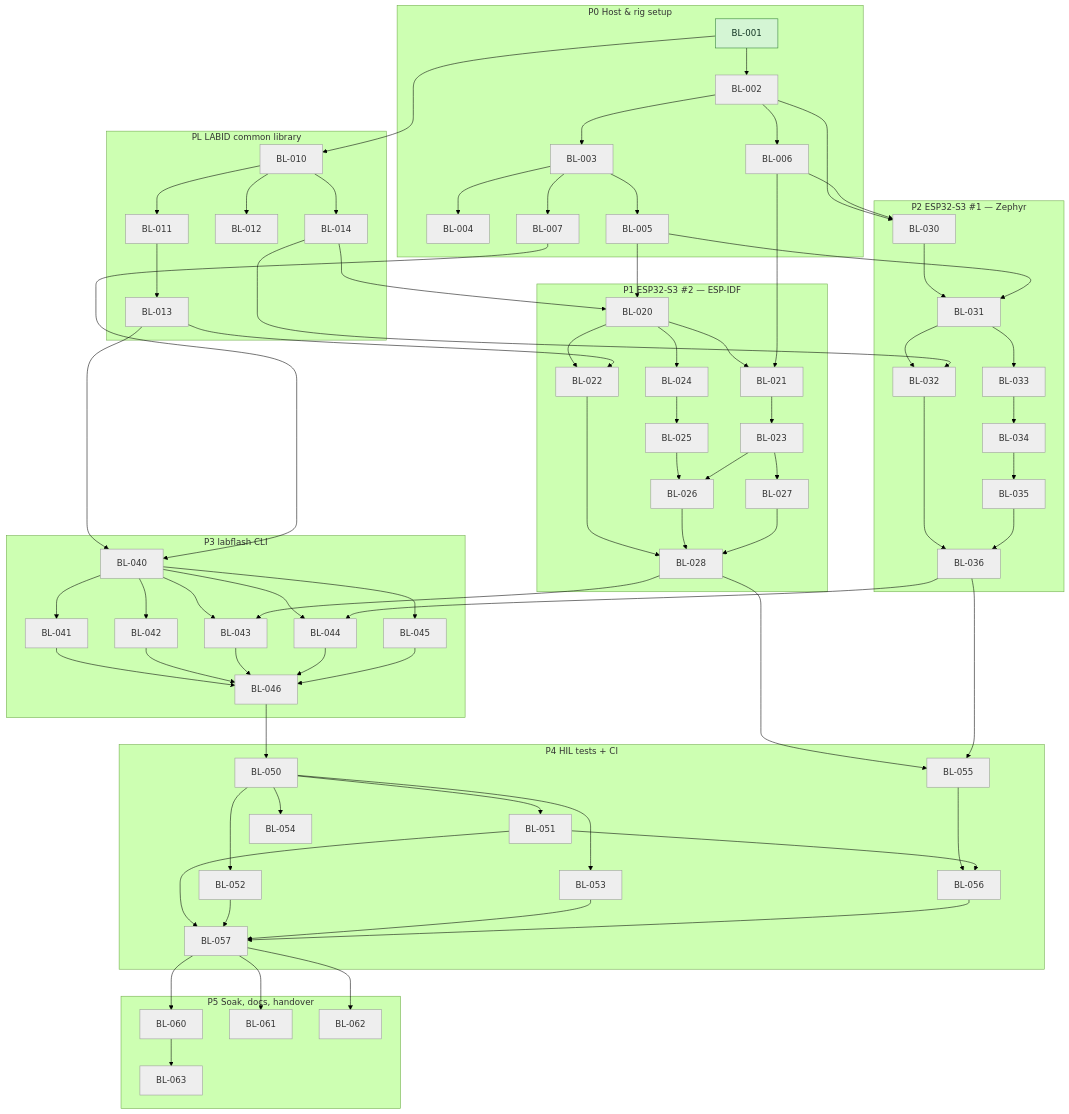
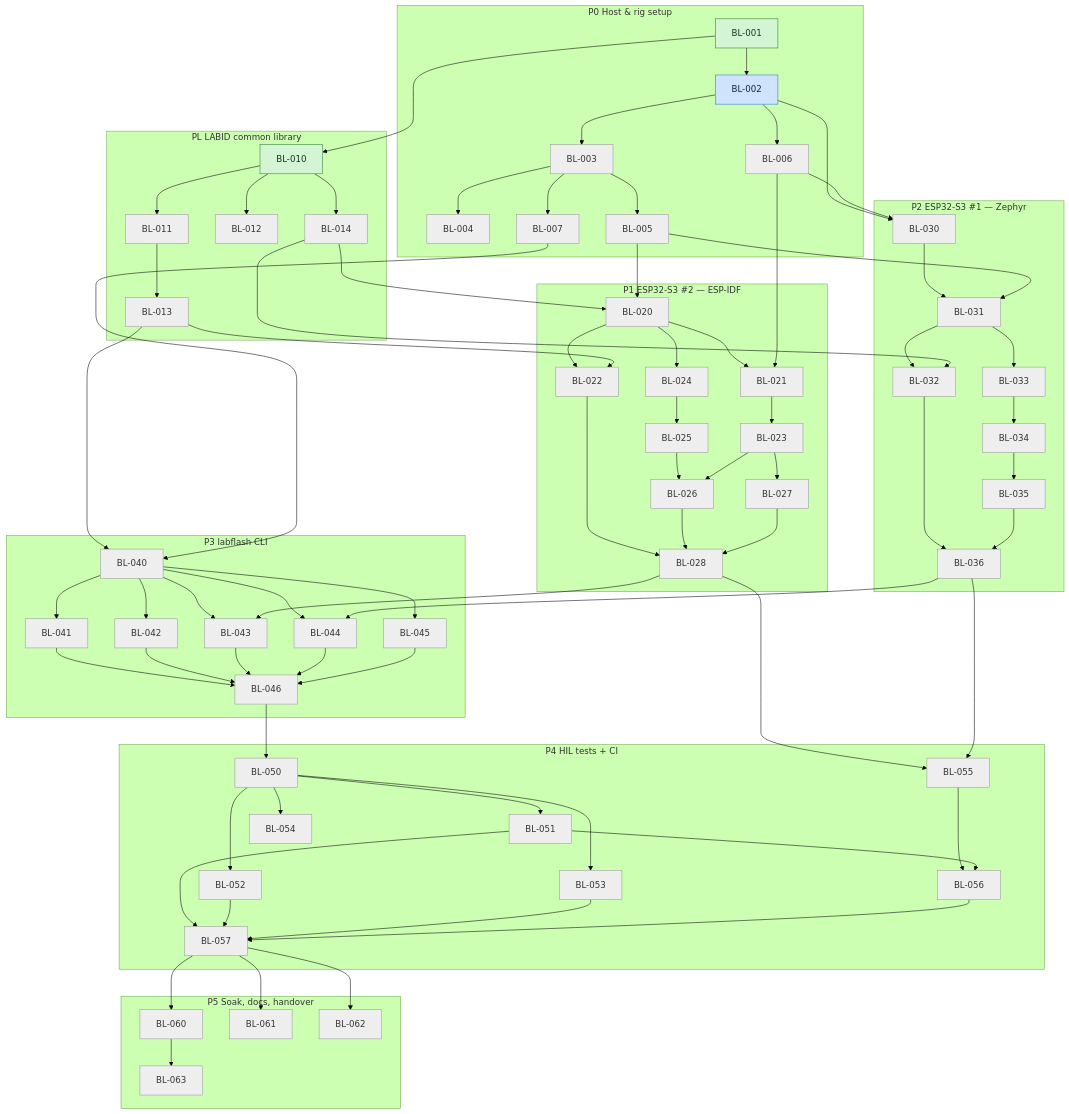
The third of 3 diagrams in tickets/TICKETS.md (mohamed-soubhi/bootlab-esp), drawn with Mermaid (forest theme) before and after one commit. The commit also changed other lines of this file and 3 other files, not shown here.

```diff
--- a/tickets/TICKETS.md
+++ b/tickets/TICKETS.md
@@ -849,7 +851,7 @@
 flowchart TB
     subgraph E0_g["P0 Host & rig setup"]
         BL001["BL-001"]:::done
-        BL002["BL-002"]:::todo
+        BL002["BL-002"]:::doing
         BL003["BL-003"]:::todo
         BL004["BL-004"]:::todo
         BL005["BL-005"]:::todo
@@ -857,7 +859,7 @@
         BL007["BL-007"]:::todo
     end
     subgraph EL_g["PL LABID common library"]
-        BL010["BL-010"]:::todo
+        BL010["BL-010"]:::done
         BL011["BL-011"]:::todo
         BL012["BL-012"]:::todo
         BL013["BL-013"]:::todo
```
